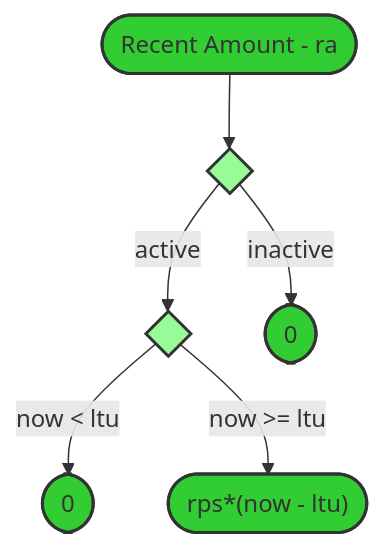
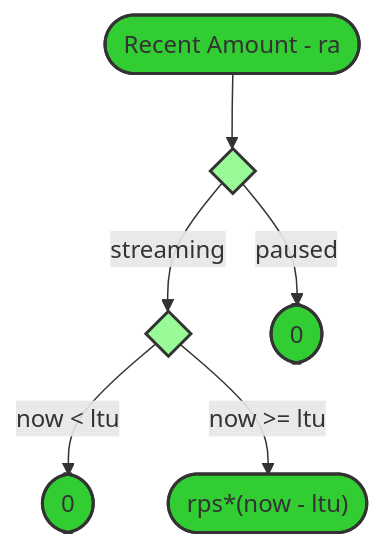
One commit to sablier-labs/flow changed the fifth of 8 diagrams in diagrams.md. Above: the diagram before and after it, drawn with Mermaid. The commit also changed other lines of this file and 4 other files, not shown here.

````diff
--- a/diagrams.md
+++ b/diagrams.md
@@ -169,18 +168,18 @@
 ```mermaid
 flowchart TD
 rca([Recent Amount - ra]):::green1
 di0{ }:::green0
 di1{ }:::green0
 res_00([0 ]):::green1
 res_01([0 ]):::green1
 res_rca(["rps*(now - ltu)"]):::green1
 
 rca --> di0
-di0 -- "active" --> di1
-di0 -- "inactive" --> res_00
+di0 -- "streaming" --> di1
+di0 -- "paused" --> res_00
 di1 -- "now < ltu" --> res_01
 di1 -- "now >= ltu" --> res_rca
 
 classDef green0 fill:#98FB98,stroke:#333,stroke-width:2px;
 classDef green1 fill:#32cd32,stroke:#333,stroke-width:2px;
 ```
````
